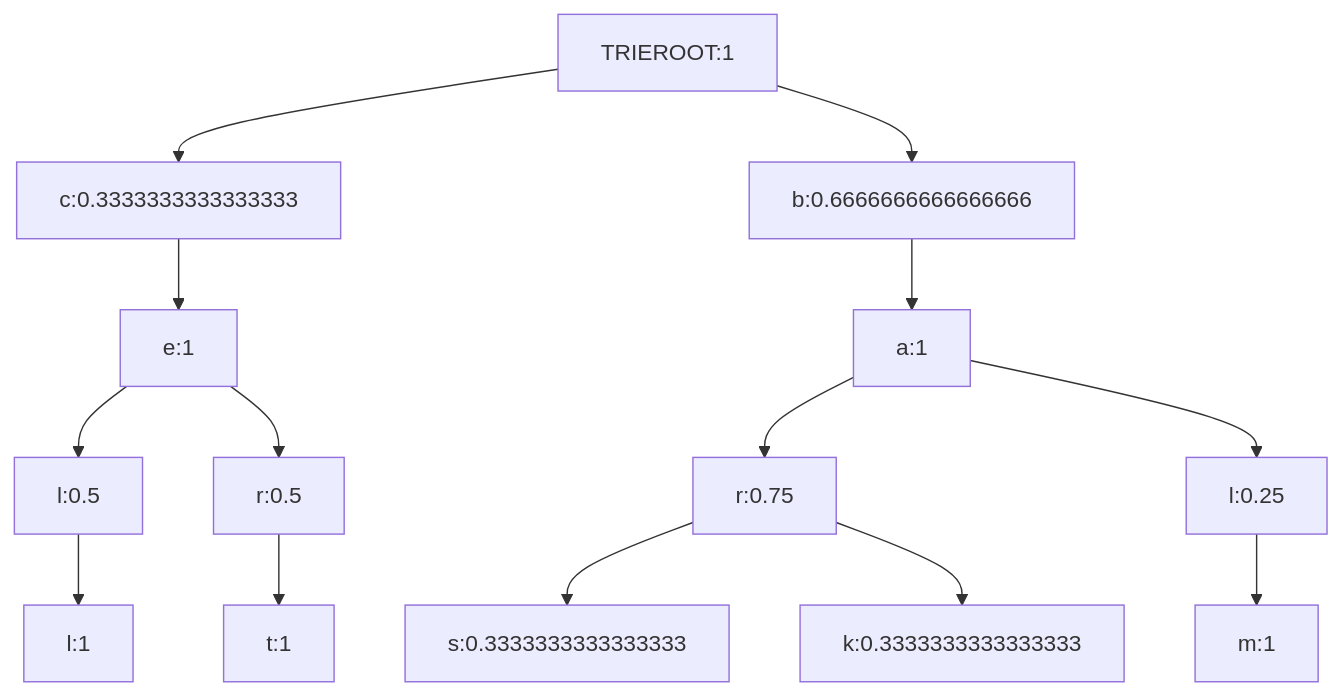
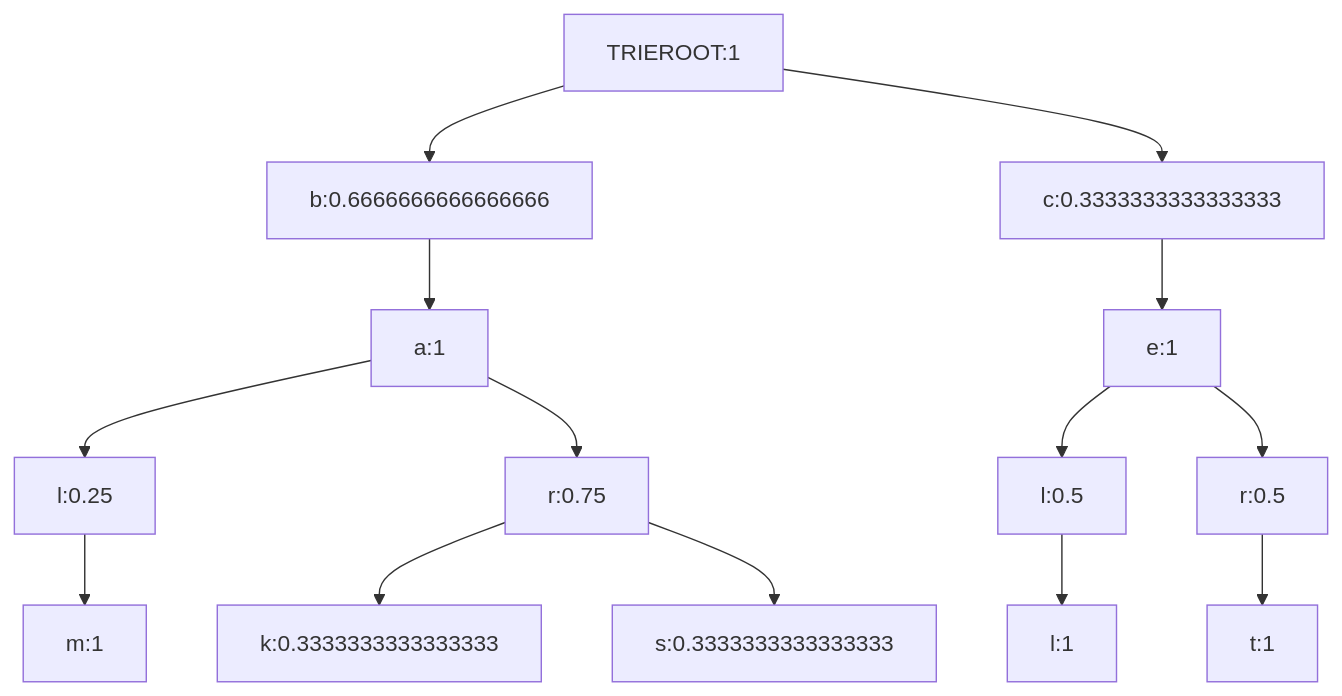
The fourth of 4 diagrams in Articles/Interactive-Mermaid-diagrams-generation-via-Markdown-evaluation.md (antononcube/RakuForPrediction-book), drawn with Mermaid before and after one commit. The commit also changed other lines of this file and 1 other file, not shown here.

````diff
--- a/Articles/Interactive-Mermaid-diagrams-generation-via-Markdown-evaluation.md
+++ b/Articles/Interactive-Mermaid-diagrams-generation-via-Markdown-evaluation.md
@@ -326,16 +323,16 @@
 ```mermaid
 graph TD
+TRIEROOT:1 --> b:0.6666666666666666
+b:0.6666666666666666 --> a:1
+a:1 --> l:0.25
+l:0.25 --> m:1
+a:1 --> r:0.75
+r:0.75 --> k:0.3333333333333333
+r:0.75 --> s:0.3333333333333333
 TRIEROOT:1 --> c:0.3333333333333333
 c:0.3333333333333333 --> e:1
 e:1 --> l:0.5
 l:0.5 --> l:1
 e:1 --> r:0.5
 r:0.5 --> t:1
-TRIEROOT:1 --> b:0.6666666666666666
-b:0.6666666666666666 --> a:1
-a:1 --> r:0.75
-r:0.75 --> s:0.3333333333333333
-r:0.75 --> k:0.3333333333333333
-a:1 --> l:0.25
-l:0.25 --> m:1
 ```
````
